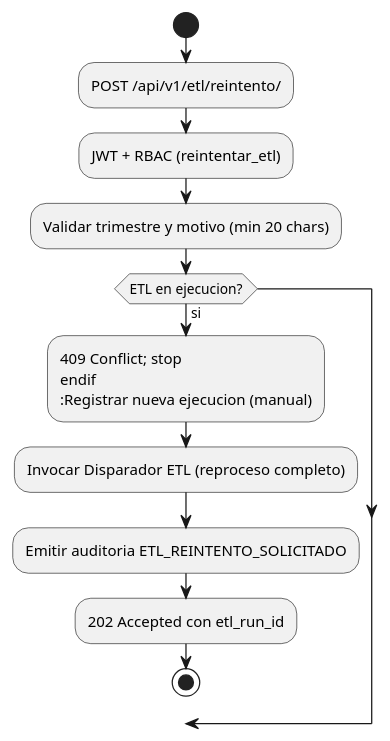
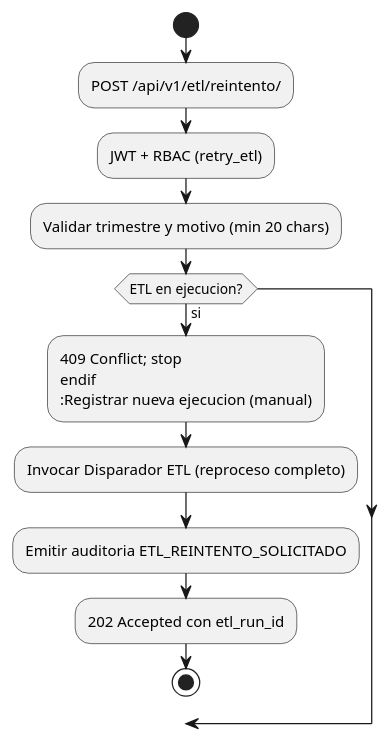
One commit to jcg-admin/IACT-docs changed the second of 4 diagrams in source/requisitos/casos-uso/pipeline/uc-pip-04/diagramas-uml.rst. Above: the diagram before and after it, drawn with PlantUML. The commit also changed 22 other files, not shown here.

First line of the commit message:
Add architecture UML docs and standardize RBAC function names

```diff
--- a/source/requisitos/casos-uso/pipeline/uc-pip-04/diagramas-uml.rst
+++ b/source/requisitos/casos-uso/pipeline/uc-pip-04/diagramas-uml.rst
@@ -26,16 +26,16 @@
 .. uml::
 
  @startuml
  start
  :POST /api/v1/etl/reintento/;
- :JWT + RBAC (reintentar_etl);
+ :JWT + RBAC (retry_etl);
  :Validar trimestre y motivo (min 20 chars);
  if (ETL en ejecucion?) then (si)
    :409 Conflict; stop
  endif
  :Registrar nueva ejecucion (manual);
  :Invocar Disparador ETL (reproceso completo);
  :Emitir auditoria ETL_REINTENTO_SOLICITADO;
  :202 Accepted con etl_run_id;
  stop
  @enduml
```
